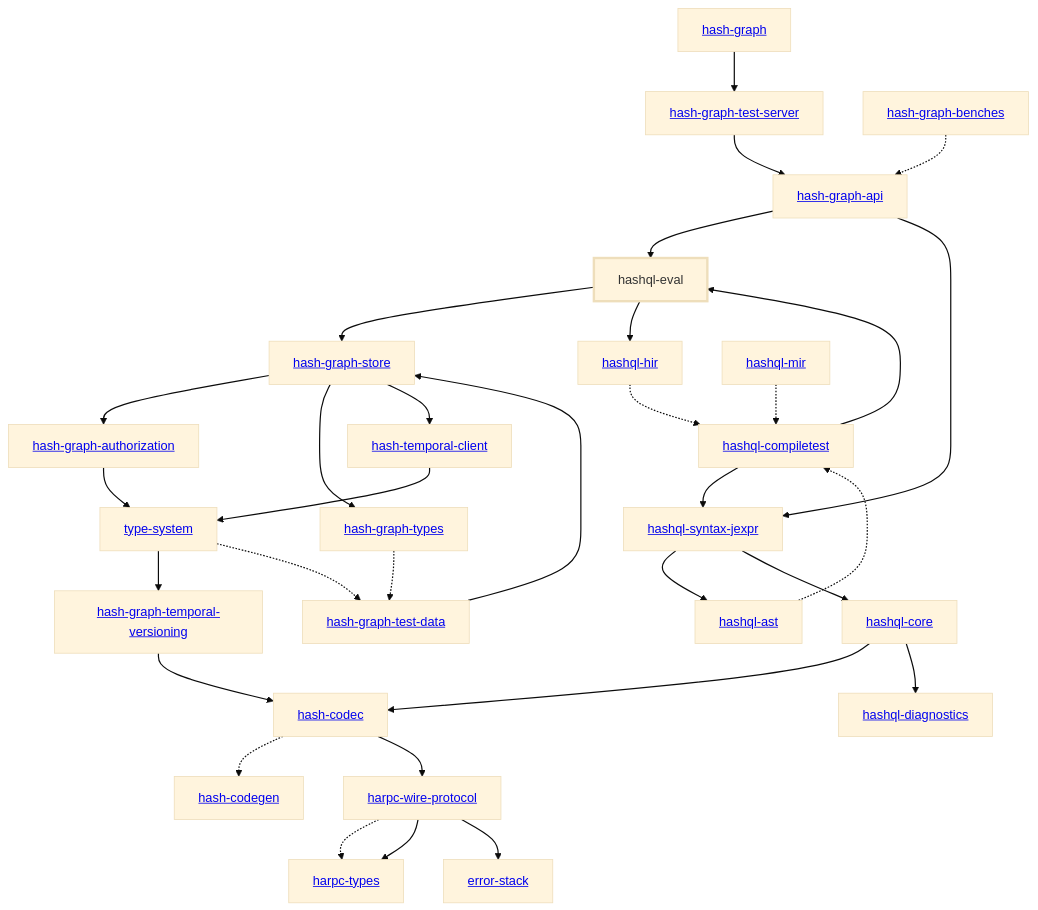
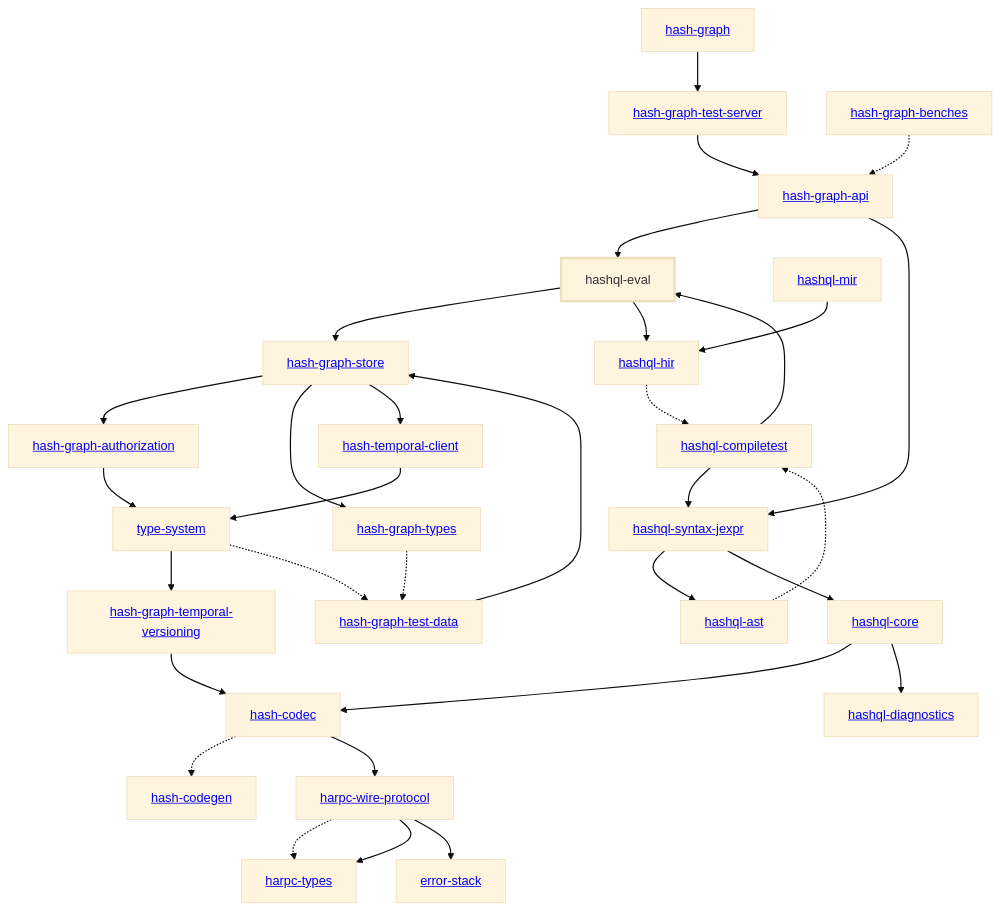
One commit to hashintel/hash changed the diagram in libs/@local/hashql/eval/docs/dependency-diagram.mmd. Above: the diagram before and after it, drawn with Mermaid (base theme). The commit also changed 18 other files, not shown here.

Commit message:
chore: update diagrams

```diff
--- a/libs/@local/hashql/eval/docs/dependency-diagram.mmd
+++ b/libs/@local/hashql/eval/docs/dependency-diagram.mmd
@@ -1,66 +1,66 @@
 graph TD
     linkStyle default stroke-width:1.5px
     classDef default stroke-width:1px
     classDef root stroke-width:3px
     classDef dev stroke-width:1px
     classDef build stroke-width:1px
     %% Legend
     %% --> : Normal dependency
     %% -.-> : Dev dependency
     %% ---> : Build dependency
     0[<a href="../hash_graph/index.html">hash-graph</a>]
     1[<a href="../type_system/index.html">type-system</a>]
     2[<a href="../hash_codec/index.html">hash-codec</a>]
     3[<a href="../hash_codegen/index.html">hash-codegen</a>]
     4[<a href="../hash_graph_api/index.html">hash-graph-api</a>]
     5[<a href="../hash_graph_authorization/index.html">hash-graph-authorization</a>]
     6[<a href="../hash_graph_store/index.html">hash-graph-store</a>]
     7[<a href="../hash_graph_temporal_versioning/index.html">hash-graph-temporal-versioning</a>]
     8[<a href="../hash_graph_test_server/index.html">hash-graph-test-server</a>]
     9[<a href="../hash_graph_types/index.html">hash-graph-types</a>]
     10[<a href="../harpc_types/index.html">harpc-types</a>]
     11[<a href="../harpc_wire_protocol/index.html">harpc-wire-protocol</a>]
     12[<a href="../hashql_ast/index.html">hashql-ast</a>]
     13[<a href="../hashql_compiletest/index.html">hashql-compiletest</a>]
     14[<a href="../hashql_core/index.html">hashql-core</a>]
     15[<a href="../hashql_diagnostics/index.html">hashql-diagnostics</a>]
     16[hashql-eval]
     class 16 root
     17[<a href="../hashql_hir/index.html">hashql-hir</a>]
     18[<a href="../hashql_mir/index.html">hashql-mir</a>]
     19[<a href="../hashql_syntax_jexpr/index.html">hashql-syntax-jexpr</a>]
     20[<a href="../hash_temporal_client/index.html">hash-temporal-client</a>]
     21[<a href="../error_stack/index.html">error-stack</a>]
     22[<a href="../hash_graph_benches/index.html">hash-graph-benches</a>]
     23[<a href="../hash_graph_test_data/index.html">hash-graph-test-data</a>]
     0 --> 8
     1 --> 7
     1 -.-> 23
     2 -.-> 3
     2 --> 11
     4 --> 16
     4 --> 19
     5 --> 1
     6 --> 5
     6 --> 9
     6 --> 20
     7 --> 2
     8 --> 4
     9 -.-> 23
     11 -.-> 10
     11 --> 10
     11 --> 21
     12 -.-> 13
     13 --> 16
     13 --> 19
     14 --> 2
     14 --> 15
     16 --> 6
     16 --> 17
     17 -.-> 13
-    18 -.-> 13
+    18 --> 17
     19 --> 12
     19 --> 14
     20 --> 1
     22 -.-> 4
     23 --> 6
```
